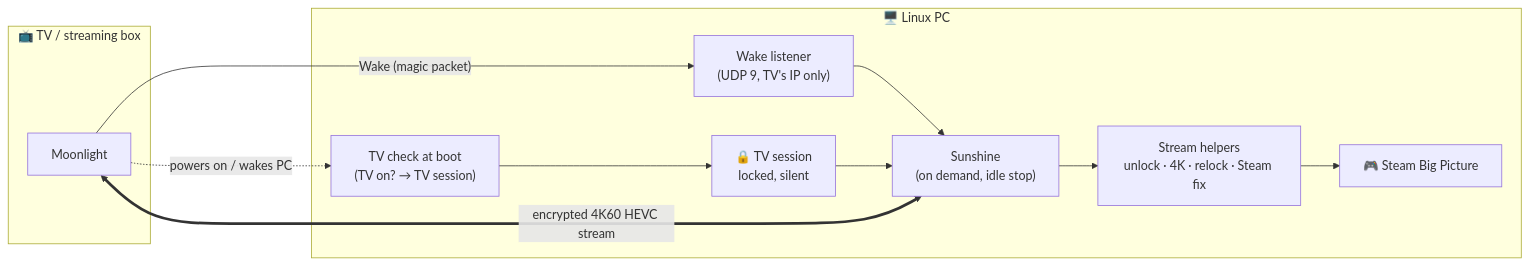
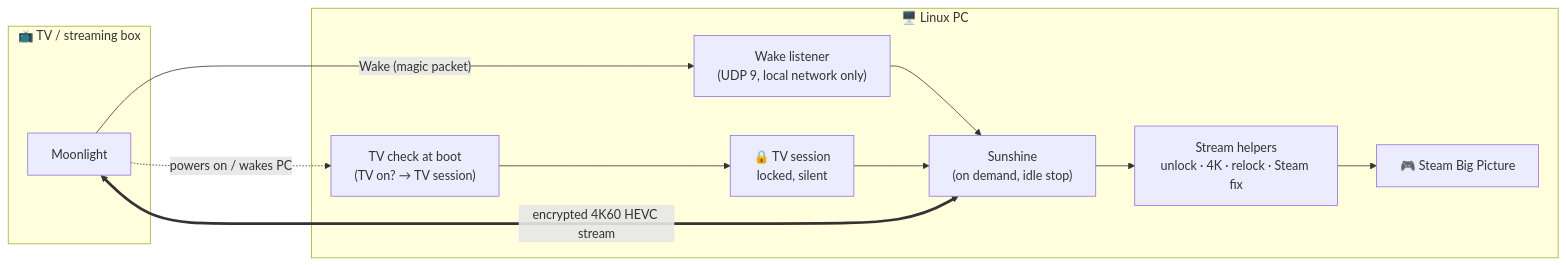
One commit to NichoBricko/tv-streaming changed the first of 2 diagrams in README.md. Above: the diagram before and after it, drawn with Mermaid. The commit also changed other lines of this file and 14 other files, not shown here.

````diff
--- a/README.md
+++ b/README.md
@@ -10,21 +10,21 @@
 ```mermaid
 flowchart LR
     subgraph TV["📺 TV / streaming box"]
         ML["Moonlight"]
     end
     subgraph PC["🖥️ Linux PC"]
-        WOL["Wake listener<br/>(UDP 9, TV's IP only)"]
+        WOL["Wake listener<br/>(UDP 9, local network only)"]
         CHK["TV check at boot<br/>(TV on? → TV session)"]
         TVS["🔒 TV session<br/>locked, silent"]
         SUN["Sunshine<br/>(on demand, idle stop)"]
         HLP["Stream helpers<br/>unlock · 4K · relock · Steam fix"]
         BP["🎮 Steam Big Picture"]
     end
     ML -- "Wake (magic packet)" --> WOL
     ML -. "powers on / wakes PC" .-> CHK
     CHK --> TVS
     WOL --> SUN
     TVS --> SUN
     ML <== "encrypted 4K60 HEVC stream" ==> SUN
     SUN --> HLP --> BP
 ```
````
